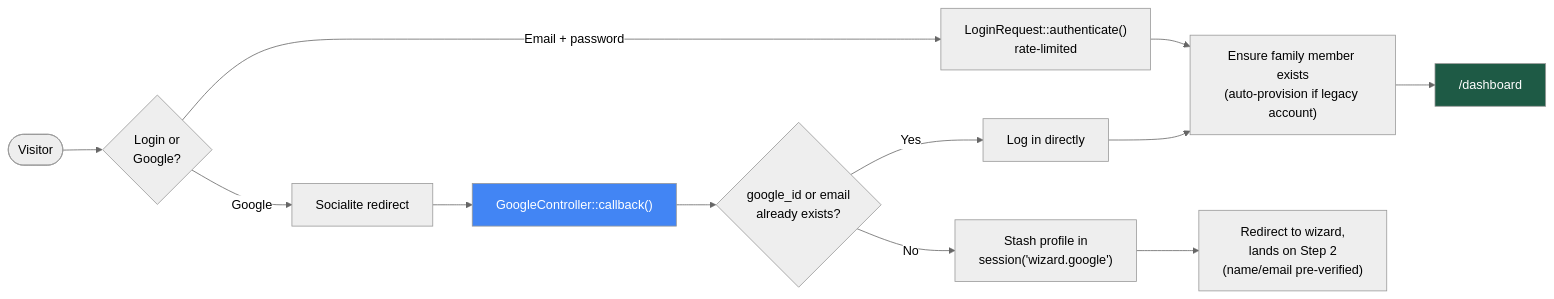
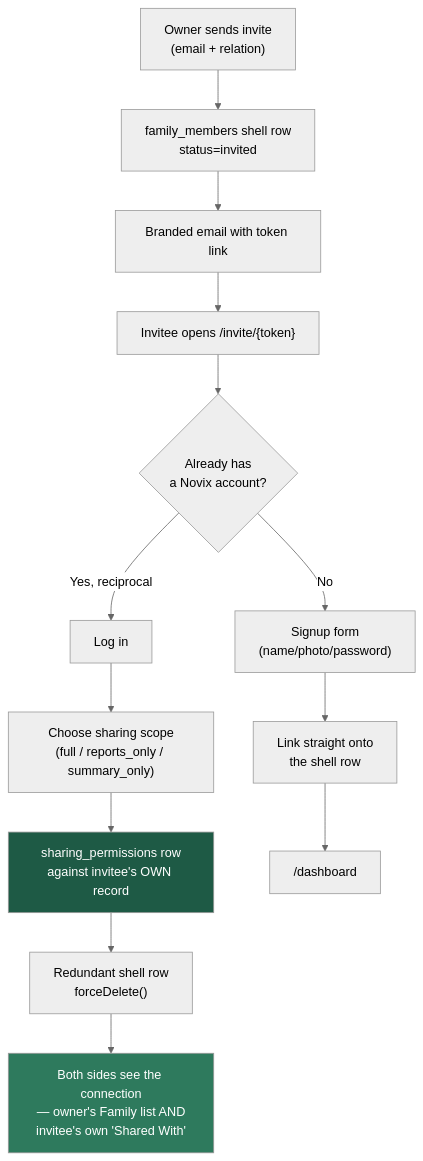
The second of 5 diagrams in README.md (neevmodh/NivayaLife), drawn with Mermaid (neutral theme) before and after one commit. The commit also changed other lines of this file and 101 other files, not shown here.

Commit message:
Add family management, reports, AI integration, sharing, and Docker support

````diff
--- a/README.md
+++ b/README.md
@@ -129,17 +178,18 @@
 ```mermaid
-flowchart LR
-    Start(["Visitor"]) --> Choice{"Login or\nGoogle?"}
-    Choice -->|Email + password| LR["LoginRequest::authenticate()\nrate-limited"]
-    Choice -->|Google| OAuth["Socialite redirect"]
-    OAuth --> CB["GoogleController::callback()"]
-    CB --> Known{"google_id or email\nalready exists?"}
-    Known -->|Yes| LoginDirect["Log in directly"]
-    Known -->|No| Stash["Stash profile in\nsession('wizard.google')"]
-    Stash --> Wiz["Redirect to wizard,\nlands on Step 2\n(name/email pre-verified)"]
-    LR --> Dash["Ensure family member exists\n(auto-provision if legacy account)"]
-    LoginDirect --> Dash
-    Dash --> Dashboard["/dashboard"]
+flowchart TD
+    Inv["Owner sends invite\n(email + relation)"] --> Shell["family_members shell row\nstatus=invited"]
+    Shell --> Mail["Branded email with token link"]
+    Mail --> Click["Invitee opens /invite/{token}"]
+    Click --> HasAcct{"Already has\na Novix account?"}
+    HasAcct -->|No| Signup["Signup form\n(name/photo/password)"]
+    Signup --> LinkShell["Link straight onto\nthe shell row"]
+    HasAcct -->|Yes, reciprocal| Login["Log in"]
+    Login --> Perm["Choose sharing scope\n(full / reports_only / summary_only)"]
+    Perm --> Grant["sharing_permissions row\nagainst invitee's OWN record"]
+    Grant --> Cleanup["Redundant shell row\nforceDelete()"]
+    LinkShell --> Dashboard["/dashboard"]
+    Cleanup --> BothSee["Both sides see the connection\n— owner's Family list AND\ninvitee's own 'Shared With'"]
 
-    style CB fill:#4285F4,color:#fff
-    style Dashboard fill:#1E5A45,color:#fff
+    style Grant fill:#1E5A45,color:#fff
+    style BothSee fill:#2E7A5D,color:#fff
 ```
````
